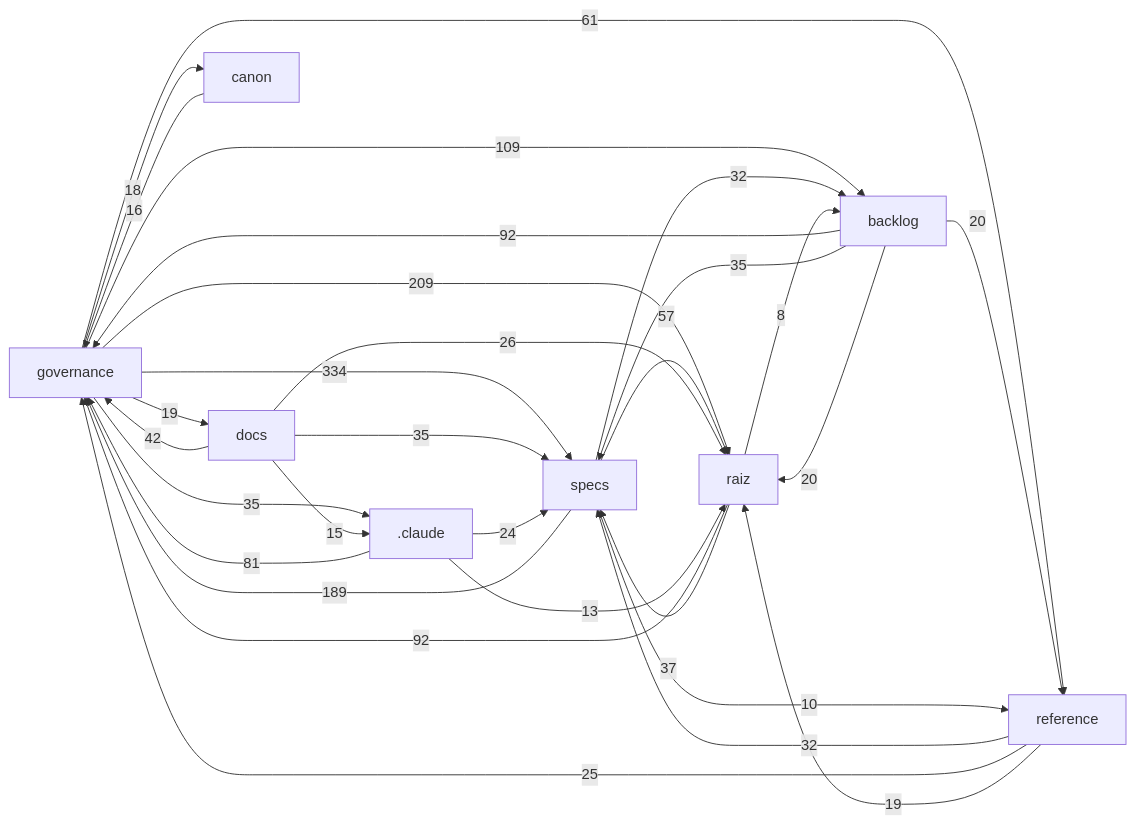
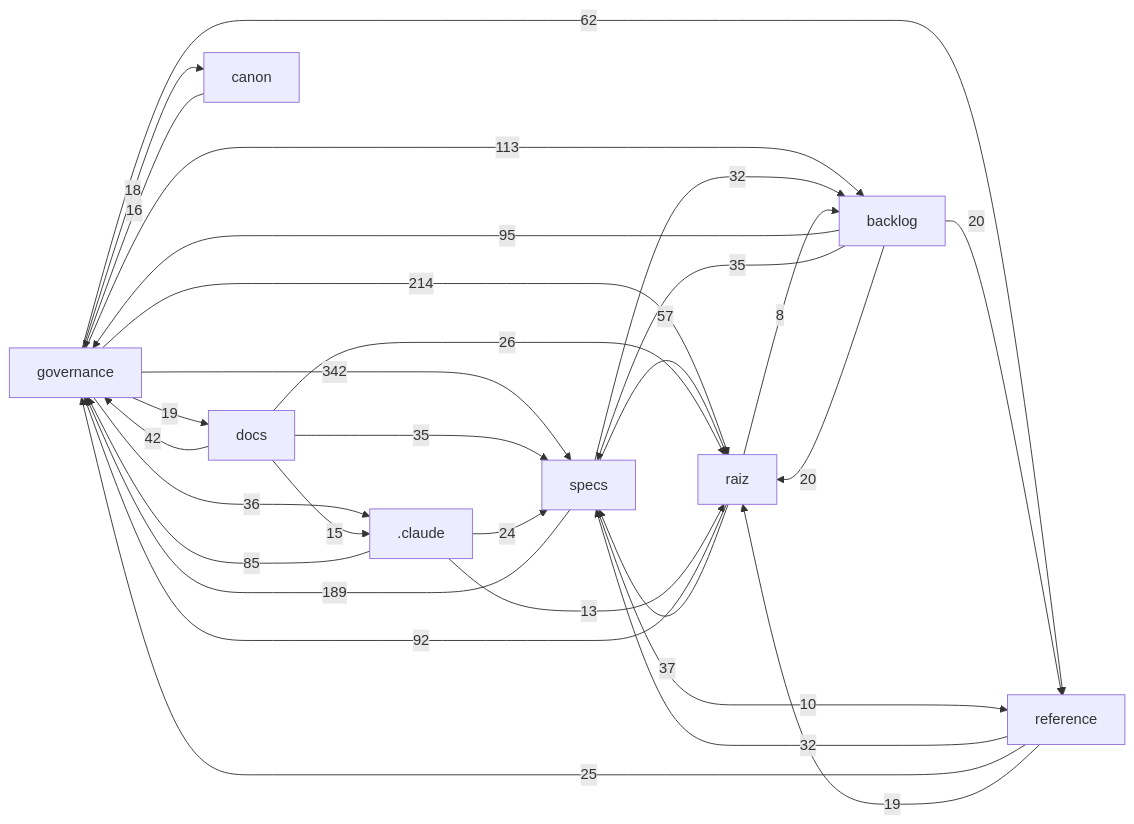
One commit to Andraus35/Sistema-Operacional-de-Trading--SOT changed the diagram in docs/mapa/MAPA-PROJETO.md. Above: the diagram before and after it, drawn with Mermaid. The commit also changed other lines of this file and 8 other files, not shown here.

````diff
--- a/docs/mapa/MAPA-PROJETO.md
+++ b/docs/mapa/MAPA-PROJETO.md
@@ -30,32 +30,32 @@
 ```mermaid
 flowchart LR
-  governance["governance"] -->|334| specs["specs"]
-  governance["governance"] -->|209| raiz["raiz"]
+  governance["governance"] -->|342| specs["specs"]
+  governance["governance"] -->|214| raiz["raiz"]
   specs["specs"] -->|189| governance["governance"]
-  governance["governance"] -->|109| backlog["backlog"]
+  governance["governance"] -->|113| backlog["backlog"]
+  backlog["backlog"] -->|95| governance["governance"]
   raiz["raiz"] -->|92| governance["governance"]
-  backlog["backlog"] -->|92| governance["governance"]
-  _claude[".claude"] -->|81| governance["governance"]
-  governance["governance"] -->|61| reference["reference"]
+  _claude[".claude"] -->|85| governance["governance"]
+  governance["governance"] -->|62| reference["reference"]
   specs["specs"] -->|57| raiz["raiz"]
   docs["docs"] -->|42| governance["governance"]
   raiz["raiz"] -->|37| specs["specs"]
+  governance["governance"] -->|36| _claude[".claude"]
   backlog["backlog"] -->|35| specs["specs"]
   docs["docs"] -->|35| specs["specs"]
-  governance["governance"] -->|35| _claude[".claude"]
   reference["reference"] -->|32| specs["specs"]
   specs["specs"] -->|32| backlog["backlog"]
   docs["docs"] -->|26| raiz["raiz"]
   reference["reference"] -->|25| governance["governance"]
   _claude[".claude"] -->|24| specs["specs"]
   backlog["backlog"] -->|20| raiz["raiz"]
   backlog["backlog"] -->|20| reference["reference"]
   governance["governance"] -->|19| docs["docs"]
   reference["reference"] -->|19| raiz["raiz"]
   governance["governance"] -->|18| canon["canon"]
   canon["canon"] -->|16| governance["governance"]
   docs["docs"] -->|15| _claude[".claude"]
   _claude[".claude"] -->|13| raiz["raiz"]
   specs["specs"] -->|10| reference["reference"]
   raiz["raiz"] -->|8| backlog["backlog"]
 ```
````
